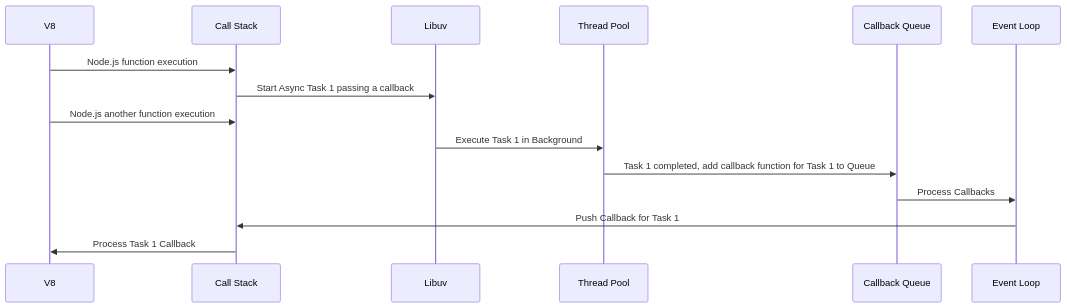
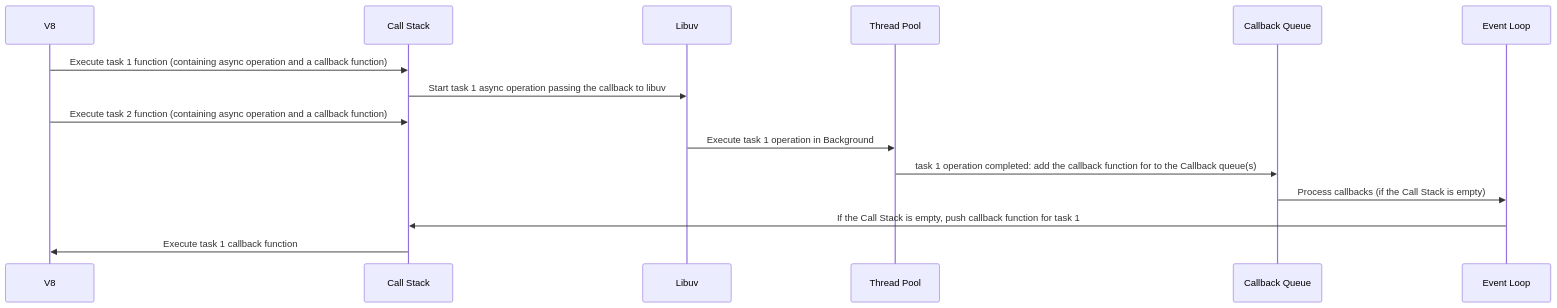
One commit to zsimo/node-by-example changed the first of 2 diagrams in node.md. Above: the diagram before and after it, drawn with Mermaid.

Commit message:
docs: update async flow diagram

````diff
--- a/node.md
+++ b/node.md
@@ -59,20 +59,20 @@
 ```mermaid
 sequenceDiagram
     participant V8
     participant Call Stack
     participant Libuv
     participant Thread Pool
     participant Callback Queue
     participant Event Loop
 
-    V8->>Call Stack: Node.js function execution
-    Call Stack->>Libuv: Start Async Task 1 passing a callback
-    V8->>Call Stack: Node.js another function execution
+    V8->>Call Stack: Execute task 1 function (containing async operation and a callback function)
+    Call Stack->>Libuv: Start task 1 async operation passing the callback to libuv
+    V8->>Call Stack: Execute task 2 function (containing async operation and a callback function)
 
-    Libuv->>Thread Pool: Execute Task 1 in Background
+    Libuv->>Thread Pool: Execute task 1 operation in Background
 
-    Thread Pool->>Callback Queue: Task 1 completed, add callback function for Task 1 to Queue
-    Callback Queue->>Event Loop: Process Callbacks
-    Event Loop->>Call Stack: Push Callback for Task 1
-    Call Stack->>V8: Process Task 1 Callback
+    Thread Pool->>Callback Queue: task 1 operation completed: add the callback function for to the Callback queue(s)
+    Callback Queue->>Event Loop: Process callbacks (if the Call Stack is empty)
+    Event Loop->>Call Stack: If the Call Stack is empty, push callback function for task 1
+    Call Stack->>V8: Execute task 1 callback function
 ```
````
